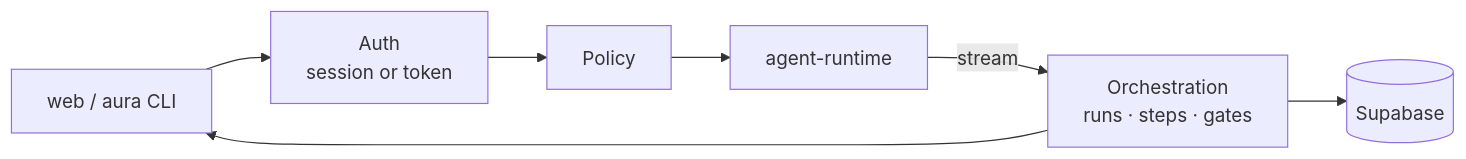
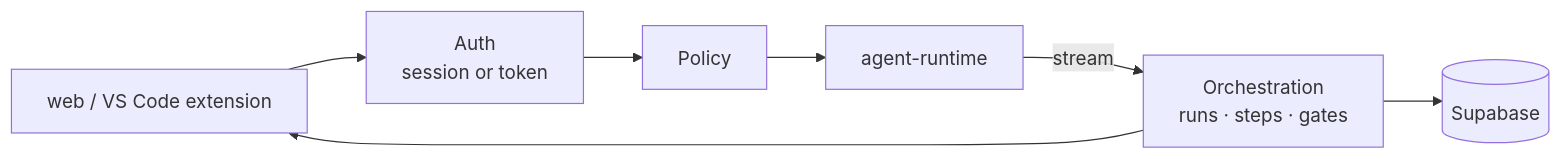
Before and after one commit to HasithaErandika/aura: the diagram in apps/api/README.md, drawn with Mermaid. The commit also changed 27 other files, not shown here.

First line of the commit message:
feat: runtime state in Postgres (Part B); remove the aura CLI

````diff
--- a/apps/api/README.md
+++ b/apps/api/README.md
@@ -6,6 +6,6 @@
 ```mermaid
 flowchart LR
-    C["web / aura CLI"] --> AUTH["Auth<br/>session or token"] --> POL["Policy"] --> RT["agent-runtime"]
+    C["web / VS Code extension"] --> AUTH["Auth<br/>session or token"] --> POL["Policy"] --> RT["agent-runtime"]
     RT -->|"stream"| ORCH["Orchestration<br/>runs · steps · gates"] --> C
     ORCH --> DB[("Supabase")]
 ```
````
